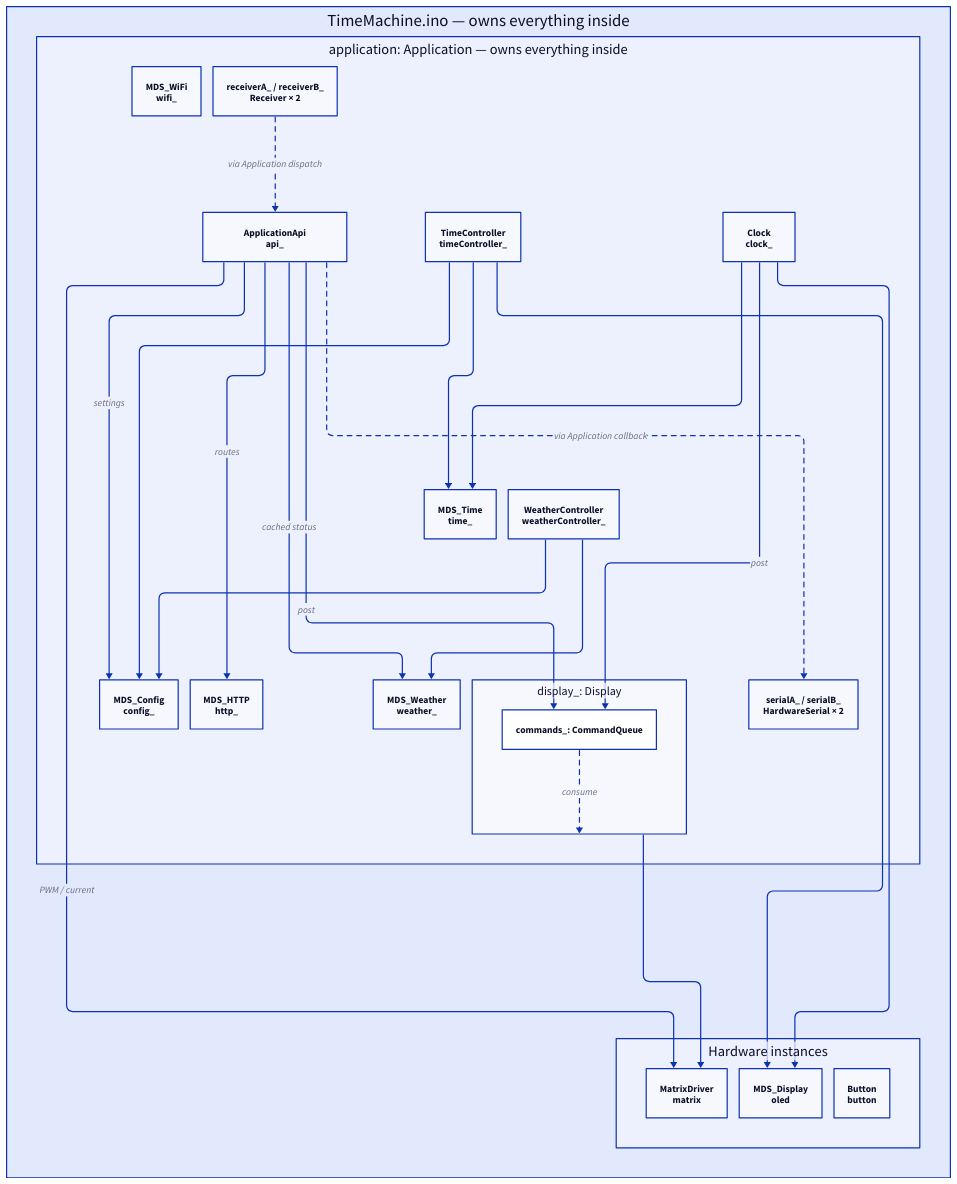
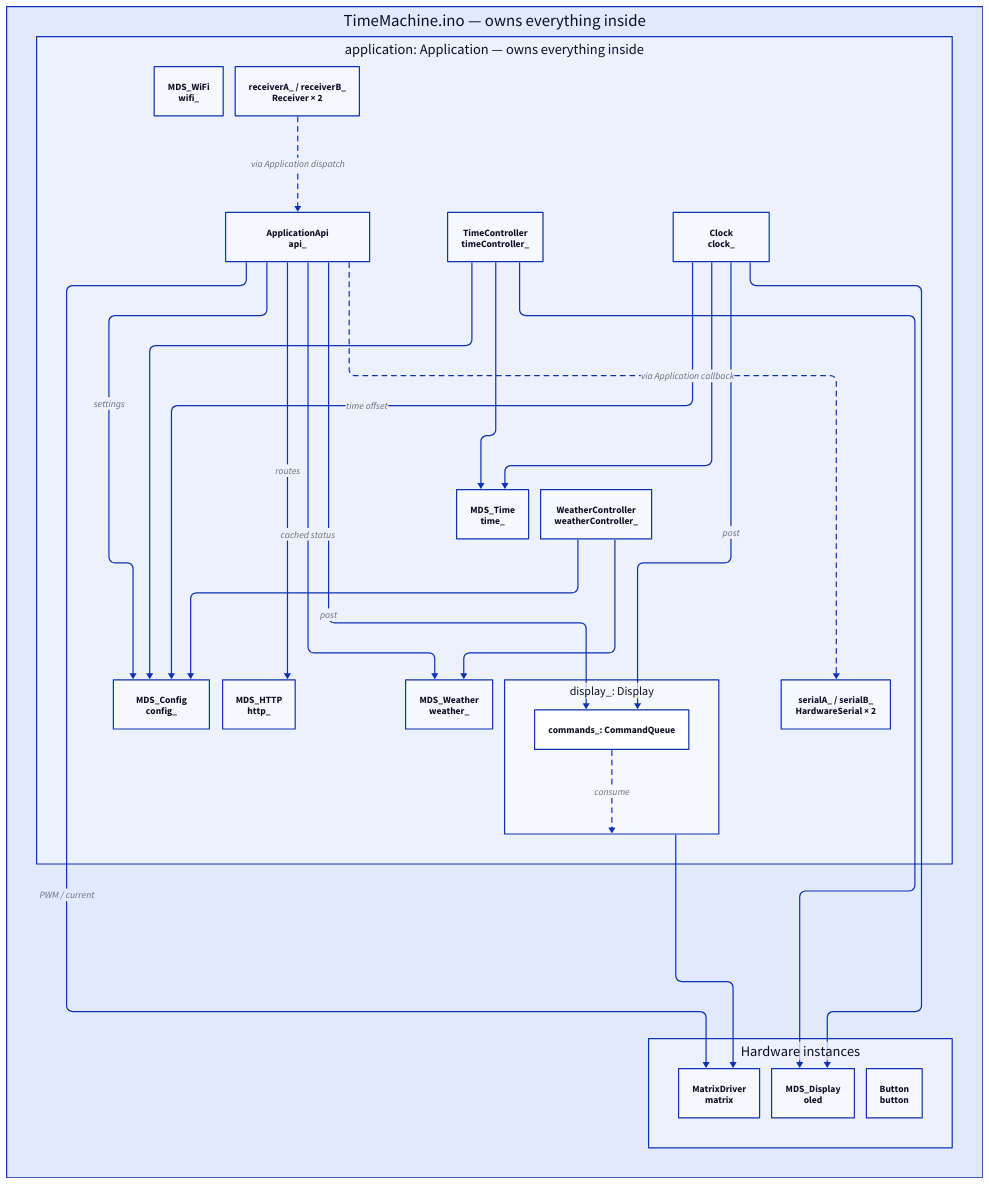
The diagram in Notes and Documentation/Firmware/Architecture/diagrams/relationships.d2 (PerlPooch/TimeMachine), drawn with D2 before and after one commit. The commit also changed 9 other files, not shown here.

```diff
--- a/Notes and Documentation/Firmware/Architecture/diagrams/relationships.d2
+++ b/Notes and Documentation/Firmware/Architecture/diagrams/relationships.d2
@@ -1,53 +1,54 @@
 direction: down
 vars: {
   d2-config: {
     layout-engine: elk
   }
 }
 Sketch: "TimeMachine.ino — owns everything inside" {
   hardware: "Hardware instances" {
     matrix: "MatrixDriver\nmatrix"
     oled: "MDS_Display\noled"
     button: "Button\nbutton"
   }
   app: "application: Application — owns everything inside" {
     api: "ApplicationApi\napi_"
     config: "MDS_Config\nconfig_"
     http: "MDS_HTTP\nhttp_"
     wifi: "MDS_WiFi\nwifi_"
     tc: "TimeController\ntimeController_"
     time: "MDS_Time\ntime_"
     wc: "WeatherController\nweatherController_"
     weather: "MDS_Weather\nweather_"
     clock: "Clock\nclock_"
     display: "display_: Display" {
       queue: "commands_: CommandQueue"
     }
     serial: "serialA_ / serialB_\nHardwareSerial × 2"
     rx: "receiverA_ / receiverB_\nReceiver × 2"
 
     api -> config: "settings"
     api -> http: "routes"
     api -> weather: "cached status"
     tc -> config
     tc -> time
     wc -> config
     wc -> weather
     clock -> time
+    clock -> config: "time offset"
     clock -> display.queue: "post"
     api -> display.queue: "post"
     display.queue -> display: "consume" {
       style.stroke-dash: 4
     }
     api -> serial: "via Application callback" {
       style.stroke-dash: 4
     }
     rx -> api: "via Application dispatch" {
       style.stroke-dash: 4
     }
   }
   app.display -> hardware.matrix
   app.api -> hardware.matrix: "PWM / current"
   app.clock -> hardware.oled
   app.tc -> hardware.oled
 }
```
